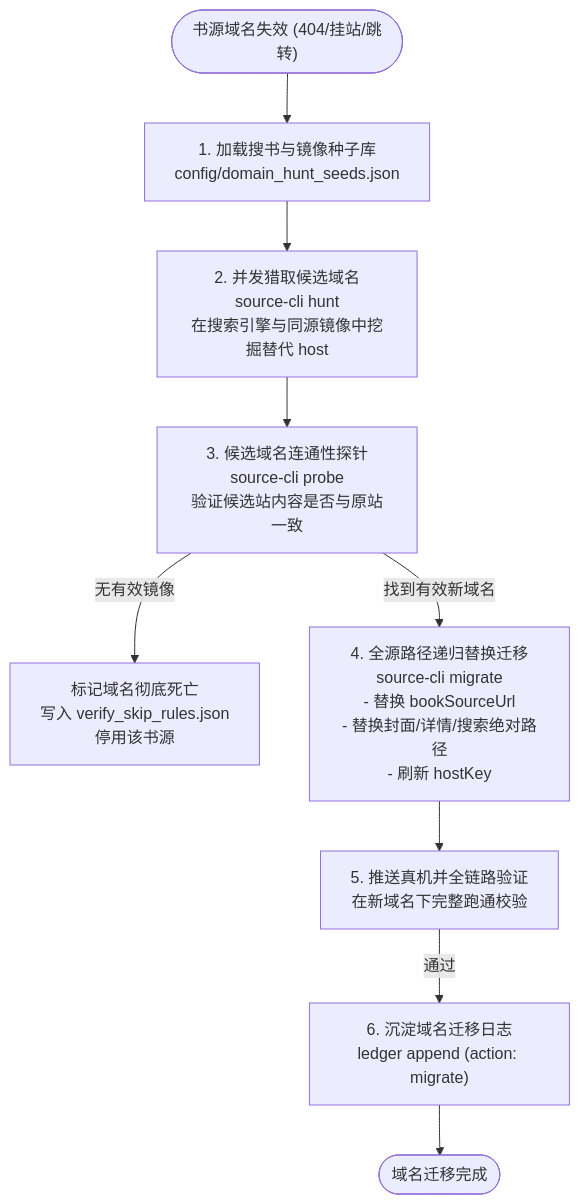
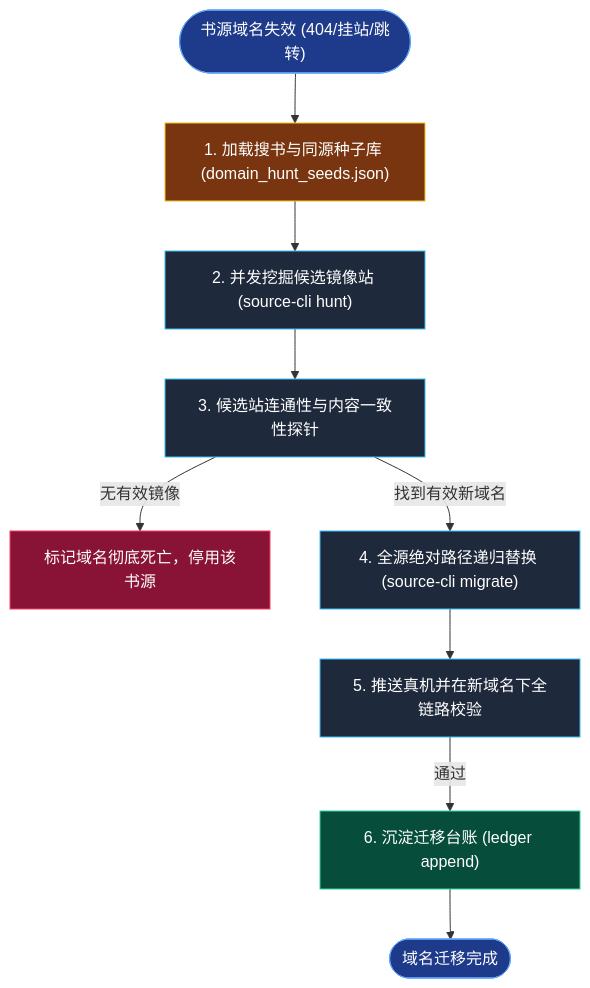
One commit to h11128/legado-cli changed the fourth of 5 diagrams in docs/reference/flow-architecture-and-dispatch.md. Above: the diagram before and after it, drawn with Mermaid. The commit also changed other lines of this file and 2 other files, not shown here.

Commit message:
docs(readme): 优化双语README架构调度图高对比色彩与紧凑流程管道 closes #1134

````diff
--- a/docs/reference/flow-architecture-and-dispatch.md
+++ b/docs/reference/flow-architecture-and-dispatch.md
@@ -94,17 +142,18 @@
 ```mermaid
-graph TD
-    Start(["书源域名失效 (404/挂站/跳转)"]) --> Seeds["1. 加载搜书与镜像种子库<br/>config/domain_hunt_seeds.json"]
+flowchart TD
+    classDef startNode fill:#1e3a8a,stroke:#60a5fa,color:#fff;
+    classDef gateNode fill:#78350f,stroke:#fbbf24,color:#fff;
+    classDef coreNode fill:#1e293b,stroke:#38bdf8,color:#fff;
+    classDef failNode fill:#881337,stroke:#f43f5e,color:#fff;
+    classDef successNode fill:#064e3b,stroke:#34d399,color:#fff;
+
+    Start(["书源域名失效 (404/挂站/跳转)"]):::startNode --> Seeds["1. 加载搜书与同源种子库 (domain_hunt_seeds.json)"]:::gateNode
+    Seeds --> Hunt["2. 并发挖掘候选镜像站 (source-cli hunt)"]:::coreNode
+    Hunt --> CandidateProbe["3. 候选站连通性与内容一致性探针"]:::coreNode
     
-    Seeds --> Hunt["2. 并发猎取候选域名<br/>source-cli hunt<br/>在搜索引擎与同源镜像中挖掘替代 host"]
-    
-    Hunt --> CandidateProbe["3. 候选域名连通性探针<br/>source-cli probe<br/>验证候选站内容是否与原站一致"]
-    
-    CandidateProbe --"无有效镜像"--> MarkDead["标记域名彻底死亡<br/>写入 verify_skip_rules.json<br/>停用该书源"]
-    
-    CandidateProbe --"找到有效新域名"--> Migrate["4. 全源路径递归替换迁移<br/>source-cli migrate<br/>- 替换 bookSourceUrl<br/>- 替换封面/详情/搜索绝对路径<br/>- 刷新 hostKey"]
-    
-    Migrate --> PushVerify["5. 推送真机并全链路验证<br/>在新域名下完整跑通校验"]
-    
-    PushVerify --"通过"--> Closeout["6. 沉淀域名迁移日志<br/>ledger append (action: migrate)"]
-    Closeout --> End(["域名迁移完成"])
+    CandidateProbe --"无有效镜像"--> MarkDead["标记域名彻底死亡，停用该书源"]:::failNode
+    CandidateProbe --"找到有效新域名"--> Migrate["4. 全源绝对路径递归替换 (source-cli migrate)"]:::coreNode
+    Migrate --> PushVerify["5. 推送真机并在新域名下全链路校验"]:::coreNode
+    PushVerify --"通过"--> Closeout["6. 沉淀迁移台账 (ledger append)"]:::successNode
+    Closeout --> End(["域名迁移完成"]):::startNode
 ```
````
